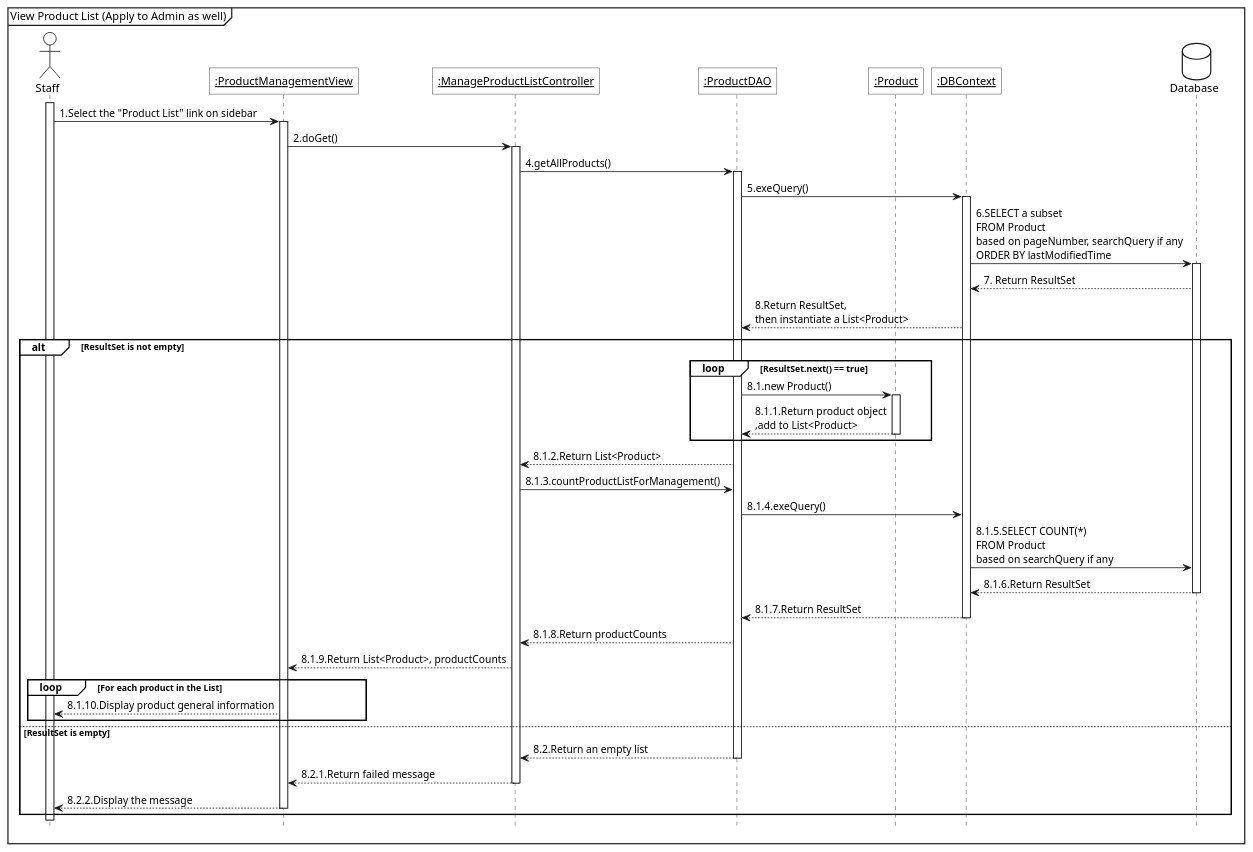
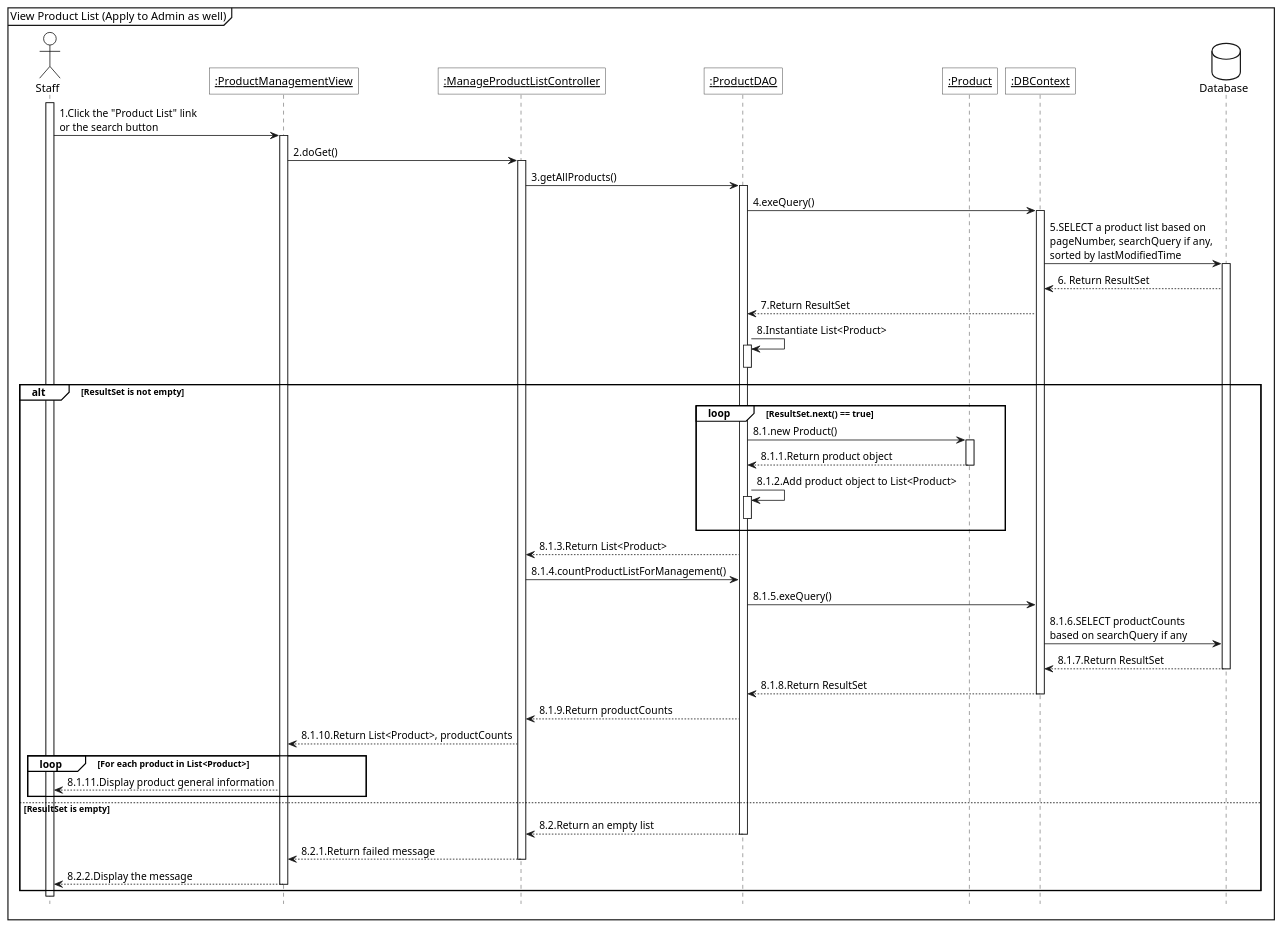
Before and after one commit to tienminhthanh/ProjectSWP391: the diagram in diagram/sequence/product/management/mane-list/mane_view_product_list.plantuml, drawn with PlantUML. The commit also changed 31 other files, not shown here.

Commit message:
Add state diagram, Update sequence, class diagrams of Product

```diff
--- a/diagram/sequence/product/management/mane-list/mane_view_product_list.plantuml
+++ b/diagram/sequence/product/management/mane-list/mane_view_product_list.plantuml
@@ -1,73 +1,77 @@
 @startuml 
 <style>
     sequenceDiagram{
         actor{
             BackgroundColor white
             LineThickness 1.0
         }
         participant{
             BackgroundColor white
             RoundCorner 0
         }
         database{
             BackgroundColor white
         }
         groupHeader{
             BackgroundColor white
         }
         referenceHeader{
             BackgroundColor white
         }
         reference{
             BackgroundColor white
         }
     }
 </style>
 
 hide footbox
 
 mainframe View Product List (Apply to Admin as well)
 
 actor Staff as act
 
 participant "<u>:ProductManagementView" as view
 participant "<u>:ManageProductListController" as ctrl
 participant "<u>:ProductDAO" as dao
 participant "<u>:Product" as product
 participant "<u>:DBContext" as ctx
 
 database Database as db
 
 act++
-act->view++:1.Select the "Product List" link on sidebar
+act->view++:1.Click the "Product List" link\nor the search button
 view->ctrl++:2.doGet()
-ctrl->dao++:4.getAllProducts()
-dao->ctx++:5.exeQuery()
-ctx -> db++:6.SELECT a subset\nFROM Product\nbased on pageNumber, searchQuery if any\nORDER BY lastModifiedTime
-db -->ctx: 7. Return ResultSet
-ctx-->dao:8.Return ResultSet,\nthen instantiate a List<Product>
+ctrl->dao++:3.getAllProducts()
+dao->ctx++:4.exeQuery()
+ctx -> db++:5.SELECT a product list based on\npageNumber, searchQuery if any,\nsorted by lastModifiedTime
+db -->ctx: 6. Return ResultSet
+ctx-->dao:7.Return ResultSet
+dao->dao++:8.Instantiate List<Product>
+dao--
 alt ResultSet is not empty
     loop ResultSet.next() == true
         dao -> product++:8.1.new Product()
-        product --> dao--:8.1.1.Return product object\n,add to List<Product>
+        product --> dao--:8.1.1.Return product object
+        dao->dao++:8.1.2.Add product object to List<Product>
+        dao--
     end
 
-    dao --> ctrl:8.1.2.Return List<Product>
-    ctrl->dao:8.1.3.countProductListForManagement()
-    dao->ctx:8.1.4.exeQuery()
-    ctx->db:8.1.5.SELECT COUNT(*)\nFROM Product\nbased on searchQuery if any
-    db-->ctx--:8.1.6.Return ResultSet
-    ctx-->dao--:8.1.7.Return ResultSet
-    dao-->ctrl:8.1.8.Return productCounts
-    ctrl --> view:8.1.9.Return List<Product>, productCounts
+    dao --> ctrl:8.1.3.Return List<Product>
+    ctrl->dao:8.1.4.countProductListForManagement()
+    dao->ctx:8.1.5.exeQuery()
+    ctx->db:8.1.6.SELECT productCounts\nbased on searchQuery if any
+    db-->ctx--:8.1.7.Return ResultSet
+    ctx-->dao--:8.1.8.Return ResultSet
+    dao-->ctrl:8.1.9.Return productCounts
+    ctrl --> view:8.1.10.Return List<Product>, productCounts
 
-    loop For each product in the List
-        view --> act:8.1.10.Display product general information
+    loop For each product in List<Product>
+        view --> act:8.1.11.Display product general information
     end
 else ResultSet is empty
     dao --> ctrl--: 8.2.Return an empty list
     ctrl --> view--: 8.2.1.Return failed message
     view --> act--:8.2.2.Display the message
 end
 act--
 @enduml
```
